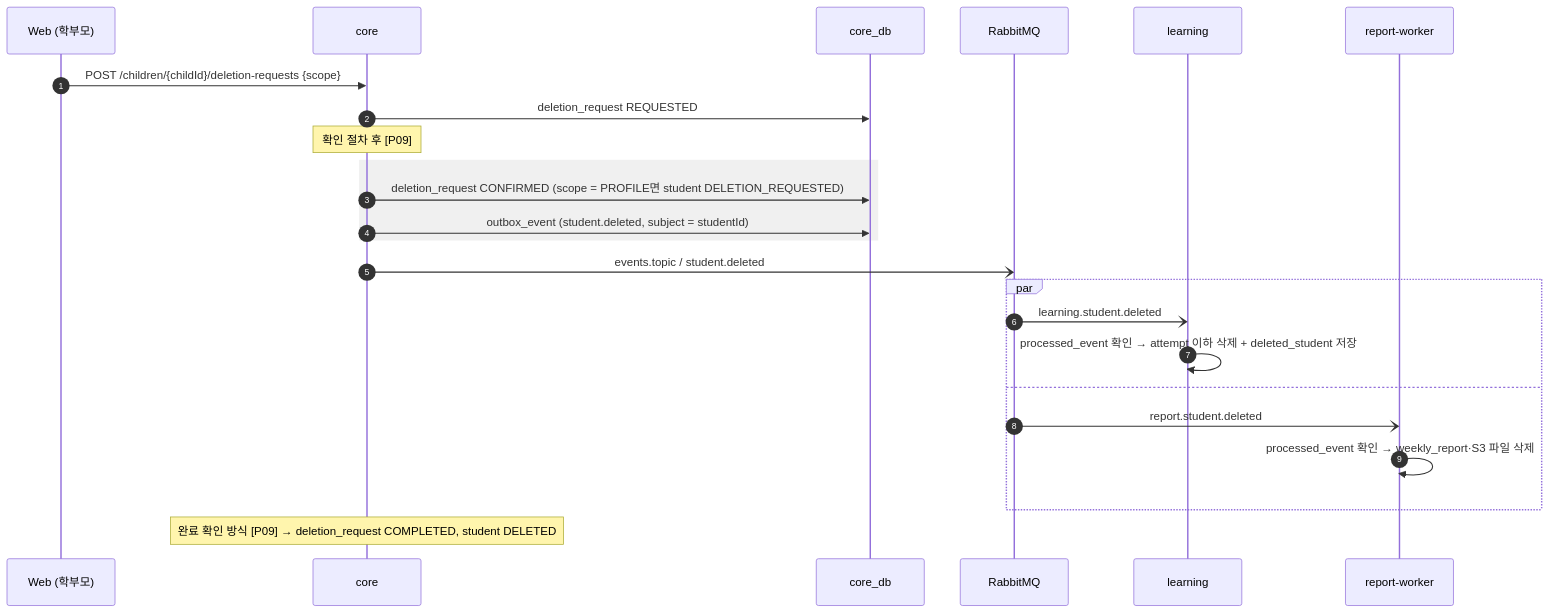
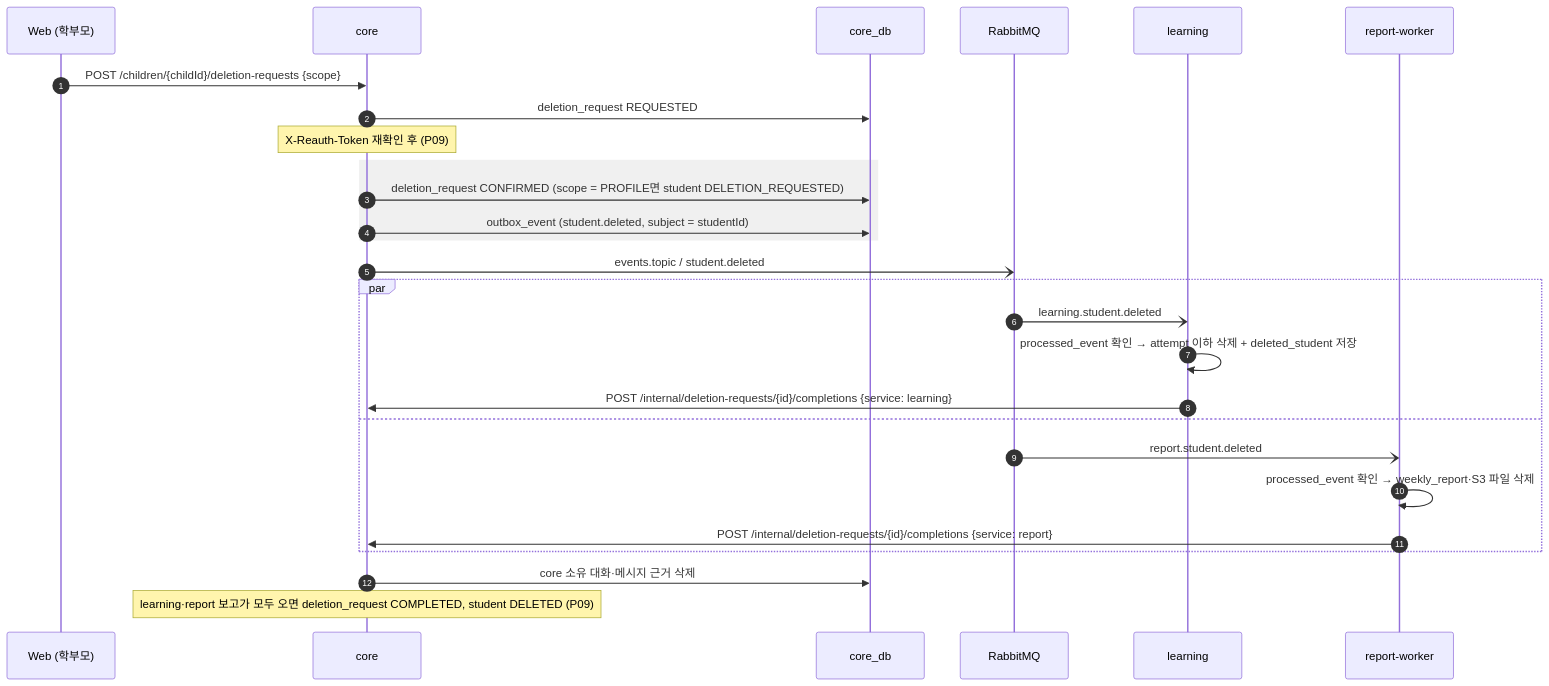
One commit to SKNETWORKS-FAMILY-AICAMP/SKN34-FINAL-3TEAM changed diagram 18 of 19 in docs/design/sequence-diagram.md. Above: the diagram before and after it, drawn with Mermaid. The commit also changed other lines of this file and 7 other files, not shown here.

````diff
--- a/docs/design/sequence-diagram.md
+++ b/docs/design/sequence-diagram.md
@@ -733,27 +782,30 @@
 ```mermaid
 sequenceDiagram
   autonumber
   participant W as Web (학부모)
   participant C as core
   participant CDB as core_db
   participant MQ as RabbitMQ
   participant L as learning
   participant RW as report-worker
 
   W->>C: POST /children/{childId}/deletion-requests {scope}
   C->>CDB: deletion_request REQUESTED
-  Note over C: 확인 절차 후 [P09]
+  Note over C: X-Reauth-Token 재확인 후 (P09)
   rect rgba(128,128,128,0.12)
     C->>CDB: deletion_request CONFIRMED (scope = PROFILE면 student DELETION_REQUESTED)
     C->>CDB: outbox_event (student.deleted, subject = studentId)
   end
   C-)MQ: events.topic / student.deleted
   par
     MQ-)L: learning.student.deleted
     L->>L: processed_event 확인 → attempt 이하 삭제 + deleted_student 저장
+    L->>C: POST /internal/deletion-requests/{id}/completions {service: learning}
   and
     MQ-)RW: report.student.deleted
     RW->>RW: processed_event 확인 → weekly_report·S3 파일 삭제
+    RW->>C: POST /internal/deletion-requests/{id}/completions {service: report}
   end
-  Note over C: 완료 확인 방식 [P09] → deletion_request COMPLETED, student DELETED
+  C->>CDB: core 소유 대화·메시지 근거 삭제
+  Note over C: learning·report 보고가 모두 오면 deletion_request COMPLETED, student DELETED (P09)
 ```
````
